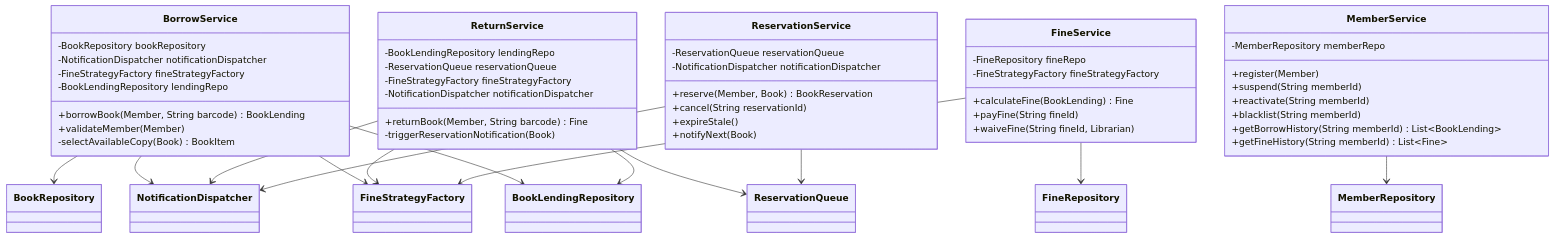
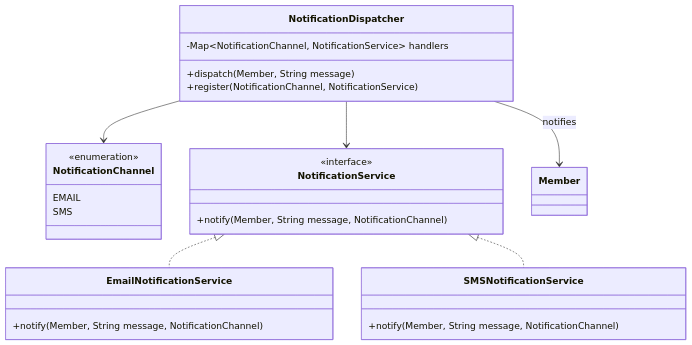
The seventh of 9 diagrams in LibraryManagementSystem/class-diagram.md (Arnavjain1703/LLD), drawn with Mermaid before and after one commit. The commit also changed other lines of this file, not shown here.

````diff
--- a/LibraryManagementSystem/class-diagram.md
+++ b/LibraryManagementSystem/class-diagram.md
@@ -341,62 +423,33 @@
 ```mermaid
 classDiagram
-    class BorrowService {
-        -BookRepository bookRepository
-        -NotificationDispatcher notificationDispatcher
-        -FineStrategyFactory fineStrategyFactory
-        -BookLendingRepository lendingRepo
-        +borrowBook(Member, String barcode) BookLending
-        +validateMember(Member)
-        -selectAvailableCopy(Book) BookItem
+    class NotificationChannel {
+        <<enumeration>>
+        EMAIL
+        SMS
     }
 
-    class ReturnService {
-        -BookLendingRepository lendingRepo
-        -ReservationQueue reservationQueue
-        -FineStrategyFactory fineStrategyFactory
-        -NotificationDispatcher notificationDispatcher
-        +returnBook(Member, String barcode) Fine
-        -triggerReservationNotification(Book)
+    class NotificationService {
+        <<interface>>
+        +notify(Member, String message, NotificationChannel)
     }
 
-    class ReservationService {
-        -ReservationQueue reservationQueue
-        -NotificationDispatcher notificationDispatcher
-        +reserve(Member, Book) BookReservation
-        +cancel(String reservationId)
-        +expireStale()
-        +notifyNext(Book)
+    class EmailNotificationService {
+        +notify(Member, String message, NotificationChannel)
     }
 
-    class FineService {
-        -FineRepository fineRepo
-        -FineStrategyFactory fineStrategyFactory
-        +calculateFine(BookLending) Fine
-        +payFine(String fineId)
-        +waiveFine(String fineId, Librarian)
+    class SMSNotificationService {
+        +notify(Member, String message, NotificationChannel)
     }
 
-    class MemberService {
-        -MemberRepository memberRepo
-        +register(Member)
-        +suspend(String memberId)
-        +reactivate(String memberId)
-        +blacklist(String memberId)
-        +getBorrowHistory(String memberId) List~BookLending~
-        +getFineHistory(String memberId) List~Fine~
+    class NotificationDispatcher {
+        -Map~NotificationChannel, NotificationService~ handlers
+        +dispatch(Member, String message)
+        +register(NotificationChannel, NotificationService)
     }
 
-    BorrowService --> BookRepository
-    BorrowService --> NotificationDispatcher
-    BorrowService --> FineStrategyFactory
-    BorrowService --> BookLendingRepository
-    ReturnService --> BookLendingRepository
-    ReturnService --> ReservationQueue
-    ReturnService --> FineStrategyFactory
-    ReturnService --> NotificationDispatcher
-    ReservationService --> ReservationQueue
-    ReservationService --> NotificationDispatcher
-    FineService --> FineRepository
-    FineService --> FineStrategyFactory
-    MemberService --> MemberRepository
+    NotificationService <|.. EmailNotificationService
+    NotificationService <|.. SMSNotificationService
+    NotificationDispatcher --> NotificationService
+    NotificationDispatcher --> NotificationChannel
+    NotificationDispatcher --> Member : notifies
 ```
````
